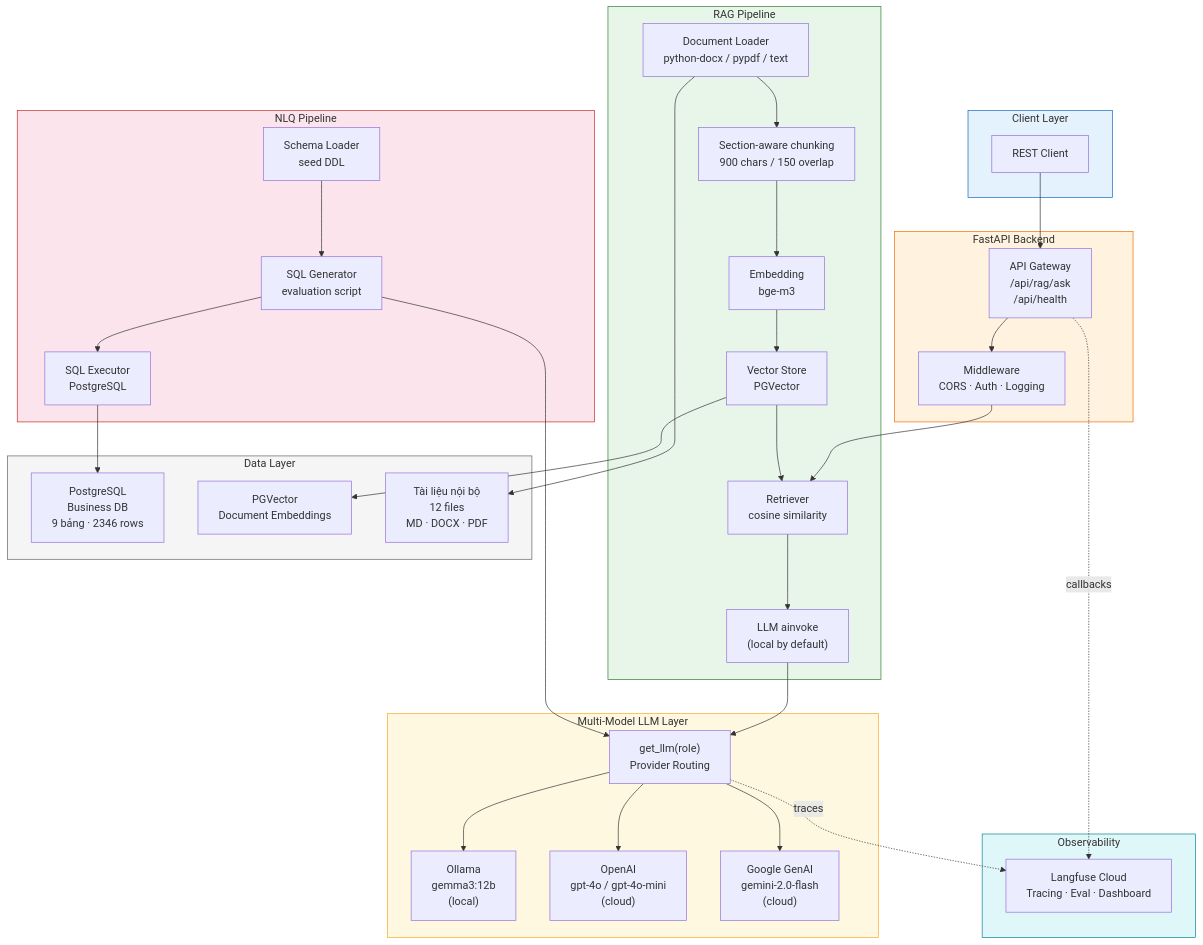
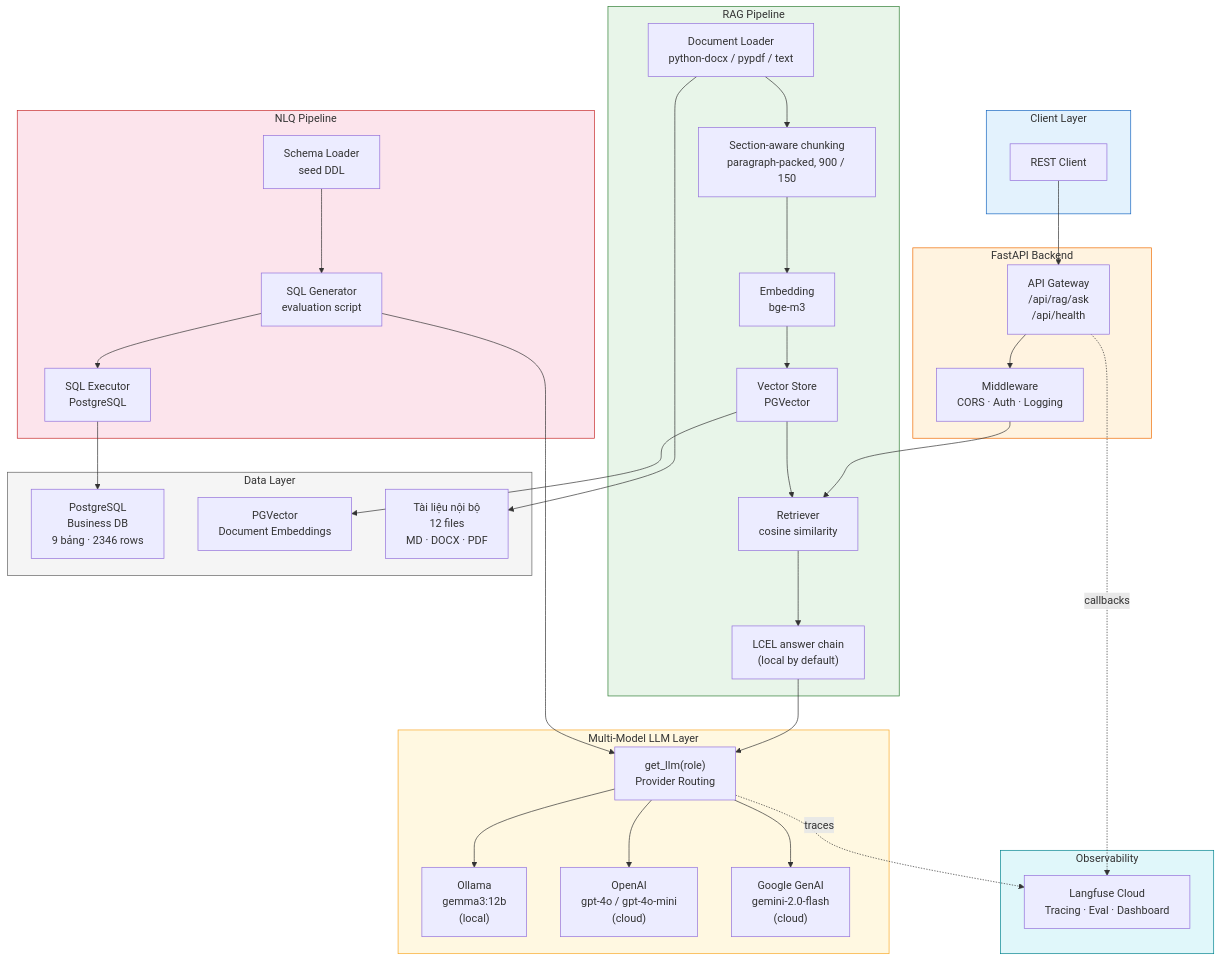
Before and after one commit to tranquoctrieu382006-tech/AI-assistant: the first of 7 diagrams in docs/architecture.md, drawn with Mermaid. The commit also changed other lines of this file and 10 other files, not shown here.

Commit message:
feat(rag): add LCEL chain and chunking comparison

````diff
--- a/docs/architecture.md
+++ b/docs/architecture.md
@@ -18,71 +18,71 @@
 ```mermaid
 flowchart TB
     subgraph Client["Client Layer"]
         UI["REST Client"]
     end
 
     subgraph API["FastAPI Backend"]
         GW["API Gateway\n/api/rag/ask\n/api/health"]
         MW["Middleware\nCORS · Auth · Logging"]
     end
 
     subgraph RAG_Pipeline["RAG Pipeline"]
         RL["Document Loader\npython-docx / pypdf / text"]
-        SP["Section-aware chunking\n900 chars / 150 overlap"]
+        SP["Section-aware chunking\nparagraph-packed, 900 / 150"]
         EM["Embedding\nbge-m3"]
         VS["Vector Store\nPGVector"]
         RET["Retriever\ncosine similarity"]
-        SYN["LLM ainvoke\n(local by default)"]
+        SYN["LCEL answer chain\n(local by default)"]
     end
 
     subgraph NLQ_Pipeline["NLQ Pipeline"]
         SC["Schema Loader\nseed DDL"]
         SG["SQL Generator\nevaluation script"]
         EX["SQL Executor\nPostgreSQL"]
     end
 
     subgraph LLM_Layer["Multi-Model LLM Layer"]
         LM["get_llm(role)\nProvider Routing"]
         OL["Ollama\ngemma3:12b\n(local)"]
         OA["OpenAI\ngpt-4o / gpt-4o-mini\n(cloud)"]
         GG["Google GenAI\ngemini-2.0-flash\n(cloud)"]
     end
 
     subgraph Observability["Observability"]
         LF["Langfuse Cloud\nTracing · Eval · Dashboard"]
     end
 
     subgraph Data["Data Layer"]
         PG["PostgreSQL\nBusiness DB\n9 bảng · 2346 rows"]
         PGV["PGVector\nDocument Embeddings"]
         DOCS["Tài liệu nội bộ\n12 files\nMD · DOCX · PDF"]
     end
 
     UI --> GW
     GW --> MW --> RET --> SYN
     RL --> SP --> EM --> VS
     VS --> RET
     SC --> SG --> EX
 
     SYN --> LM
     SG --> LM
 
     LM --> OL
     LM --> OA
     LM --> GG
 
     VS --> PGV
     EX --> PG
     RL --> DOCS
 
     GW -.->|"callbacks"| LF
     LM -.->|"traces"| LF
 
     style Client fill:#e3f2fd,stroke:#1565c0
     style API fill:#fff3e0,stroke:#ef6c00
     style RAG_Pipeline fill:#e8f5e9,stroke:#2e7d32
     style NLQ_Pipeline fill:#fce4ec,stroke:#c62828
     style LLM_Layer fill:#fff8e1,stroke:#f9a825
     style Observability fill:#e0f7fa,stroke:#00838f
     style Data fill:#f5f5f5,stroke:#616161
 ```
````
